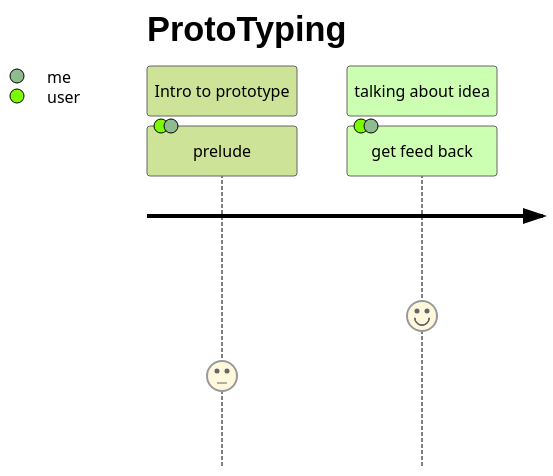
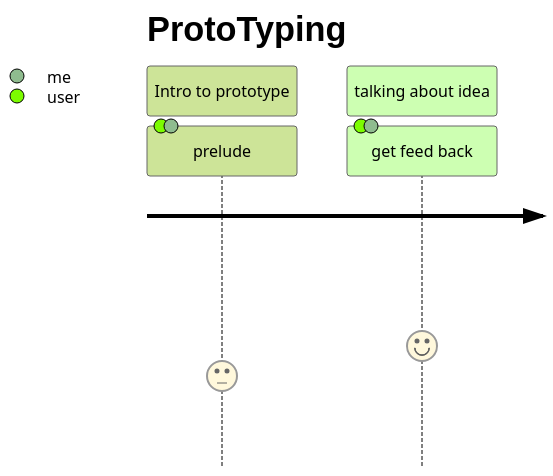
Before and after one commit to knatarasan/knatarasan.github.io: the fifth of 5 diagrams in _posts/2025-07-04-how-mermaid-charts-can-be-leveraged.md, drawn with Mermaid (forest theme). The commit also changed other lines of this file, not shown here.

````diff
--- a/_posts/2025-07-04-how-mermaid-charts-can-be-leveraged.md
+++ b/_posts/2025-07-04-how-mermaid-charts-can-be-leveraged.md
@@ -38,9 +35,9 @@
 ```mermaid
 journey
   title ProtoTyping
   section Intro to  prototype
     prelude: 3: user,me
 
   section talking about idea
-    get feed back :5: user,me
+    get feed back :4: user,me
 ```
````
